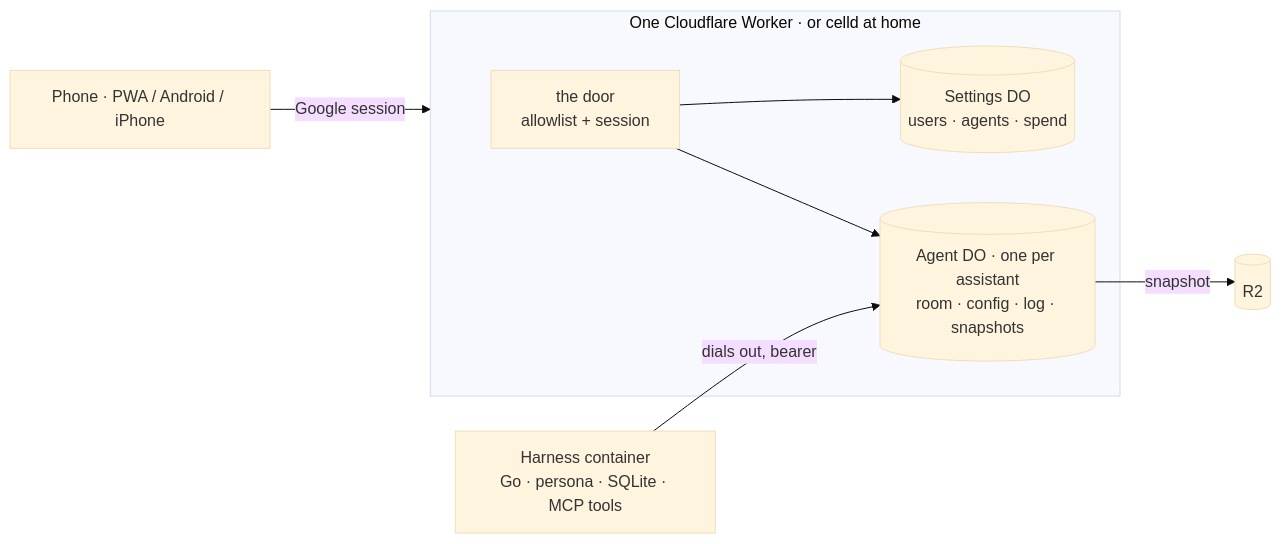
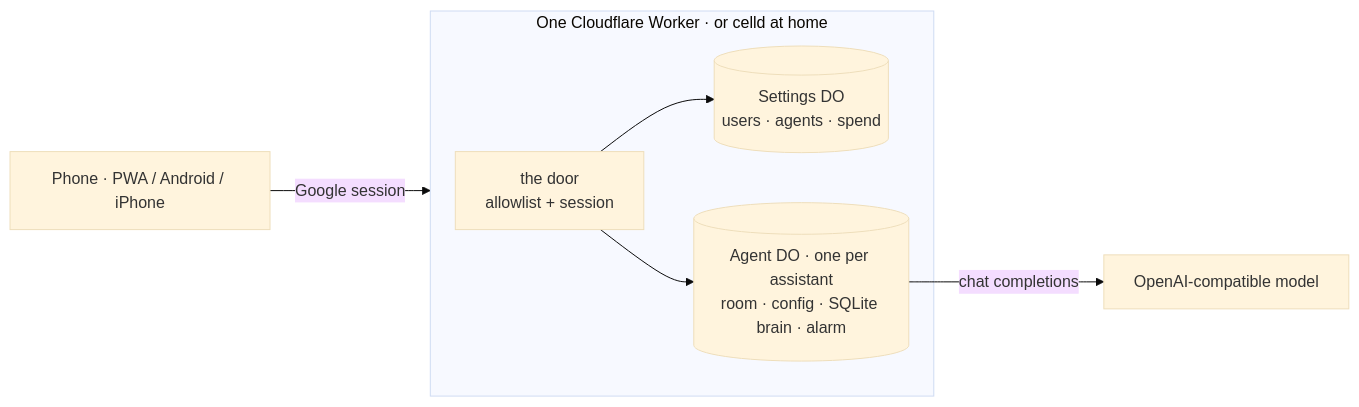
One commit to shotah/gantree2 changed the diagram in README.md. Above: the diagram before and after it, drawn with Mermaid (base theme). The commit also changed other lines of this file and 1526 other files, not shown here.

````diff
--- a/README.md
+++ b/README.md
@@ -85,13 +95,12 @@
 ```mermaid
 flowchart LR
   phone[Phone · PWA / Android / iPhone] -- Google session --> worker
   subgraph worker[One Cloudflare Worker · or celld at home]
     door[the door<br/>allowlist + session]
     settings[(Settings DO<br/>users · agents · spend)]
-    room[(Agent DO · one per assistant<br/>room · config · log · snapshots)]
+    room[(Agent DO · one per assistant<br/>room · config · SQLite brain · alarm)]
     door --> settings
     door --> room
   end
-  harness[Harness container<br/>Go · persona · SQLite · MCP tools] -- dials out, bearer --> room
-  room -- snapshot --> r2[(R2)]
+  room -- chat completions --> llm[OpenAI-compatible model]
 ```
````
